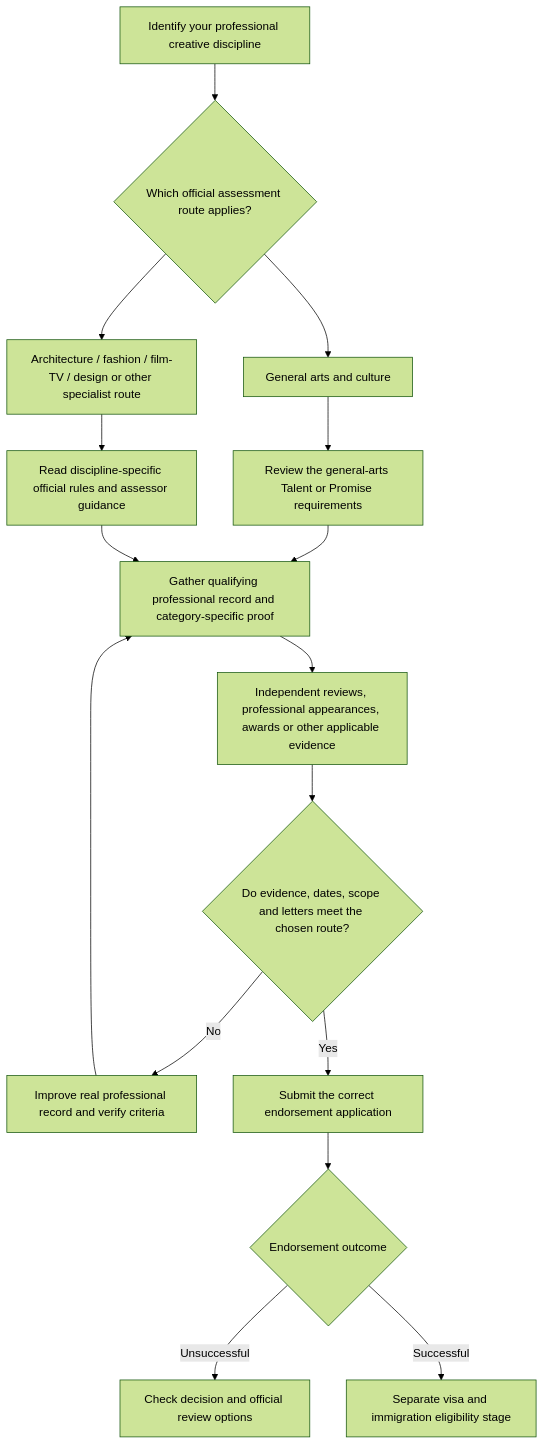
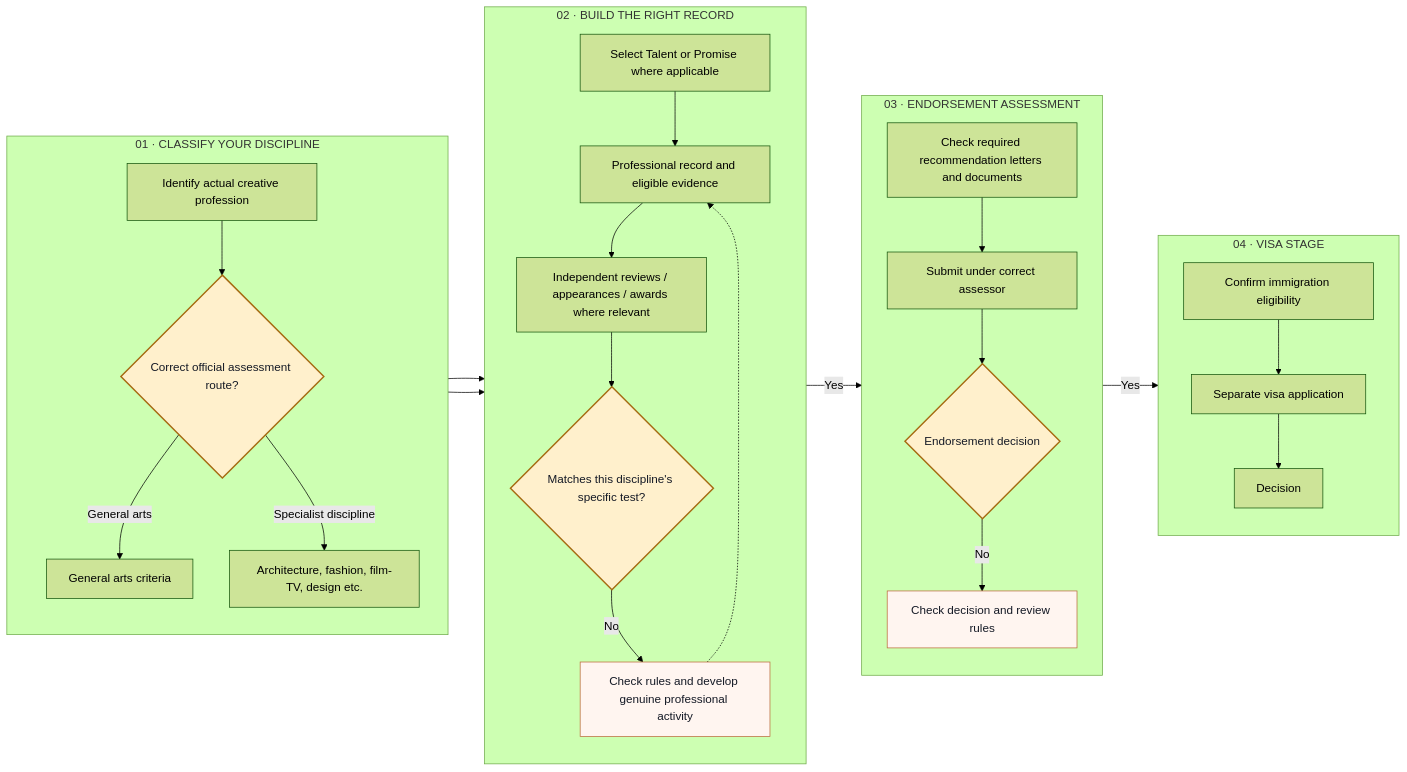
The diagram in immigration/global-talent/arts-and-culture.md (Mettelo/mettelo-resource-hub), drawn with Mermaid (forest theme) before and after one commit.

Commit message:
Replace basic process diagram with branded, staged architecture map

````diff
--- a/immigration/global-talent/arts-and-culture.md
+++ b/immigration/global-talent/arts-and-culture.md
@@ -16,18 +16,35 @@
 ```mermaid
-flowchart TD
-    A["Identify your professional creative discipline"] --> B{"Which official assessment route applies?"}
-    B --> C["General arts and culture"]
-    B --> D["Architecture / fashion / film-TV / design or other specialist route"]
-    C --> E["Review the general-arts Talent or Promise requirements"]
-    D --> F["Read discipline-specific official rules and assessor guidance"]
-    E --> G["Gather qualifying professional record and category-specific proof"]
-    F --> G
-    G --> H["Independent reviews, professional appearances, awards or other applicable evidence"]
-    H --> I{"Do evidence, dates, scope and letters meet the chosen route?"}
-    I -- "No" --> J["Improve real professional record and verify criteria"]
-    J --> G
-    I -- "Yes" --> K["Submit the correct endorsement application"]
-    K --> L{"Endorsement outcome"}
-    L -- "Unsuccessful" --> M["Check decision and official review options"]
-    L -- "Successful" --> N["Separate visa and immigration eligibility stage"]
+flowchart LR
+  subgraph A["01 · CLASSIFY YOUR DISCIPLINE"]
+    direction TB
+    A1["Identify actual creative profession"] --> A2{"Correct official assessment route?"}
+    A2 -->|General arts| A3["General arts criteria"]
+    A2 -->|Specialist discipline| A4["Architecture, fashion, film-TV, design etc."]
+  end
+  subgraph B["02 · BUILD THE RIGHT RECORD"]
+    direction TB
+    B1["Select Talent or Promise where applicable"] --> B2["Professional record and eligible evidence"]
+    B2 --> B3["Independent reviews / appearances / awards where relevant"]
+    B3 --> B4{"Matches this discipline's specific test?"}
+    B4 -->|No| B5["Check rules and develop genuine professional activity"]
+    B5 -.-> B2
+  end
+  subgraph C["03 · ENDORSEMENT ASSESSMENT"]
+    direction TB
+    C1["Check required recommendation letters and documents"] --> C2["Submit under correct assessor"]
+    C2 --> C3{"Endorsement decision"}
+    C3 -->|No| C4["Check decision and review rules"]
+  end
+  subgraph D["04 · VISA STAGE"]
+    direction TB
+    D1["Confirm immigration eligibility"] --> D2["Separate visa application"] --> D3["Decision"]
+  end
+  A3 --> B1
+  A4 --> B1
+  B4 -->|Yes| C1
+  C3 -->|Yes| D1
+  classDef gate fill:#fff0cc,stroke:#a66b12,color:#141925,stroke-width:2px;
+  classDef alert fill:#fff5f0,stroke:#bb6b3c,color:#141925;
+  class A2,B4,C3 gate;
+  class B5,C4 alert;
 ```
````
